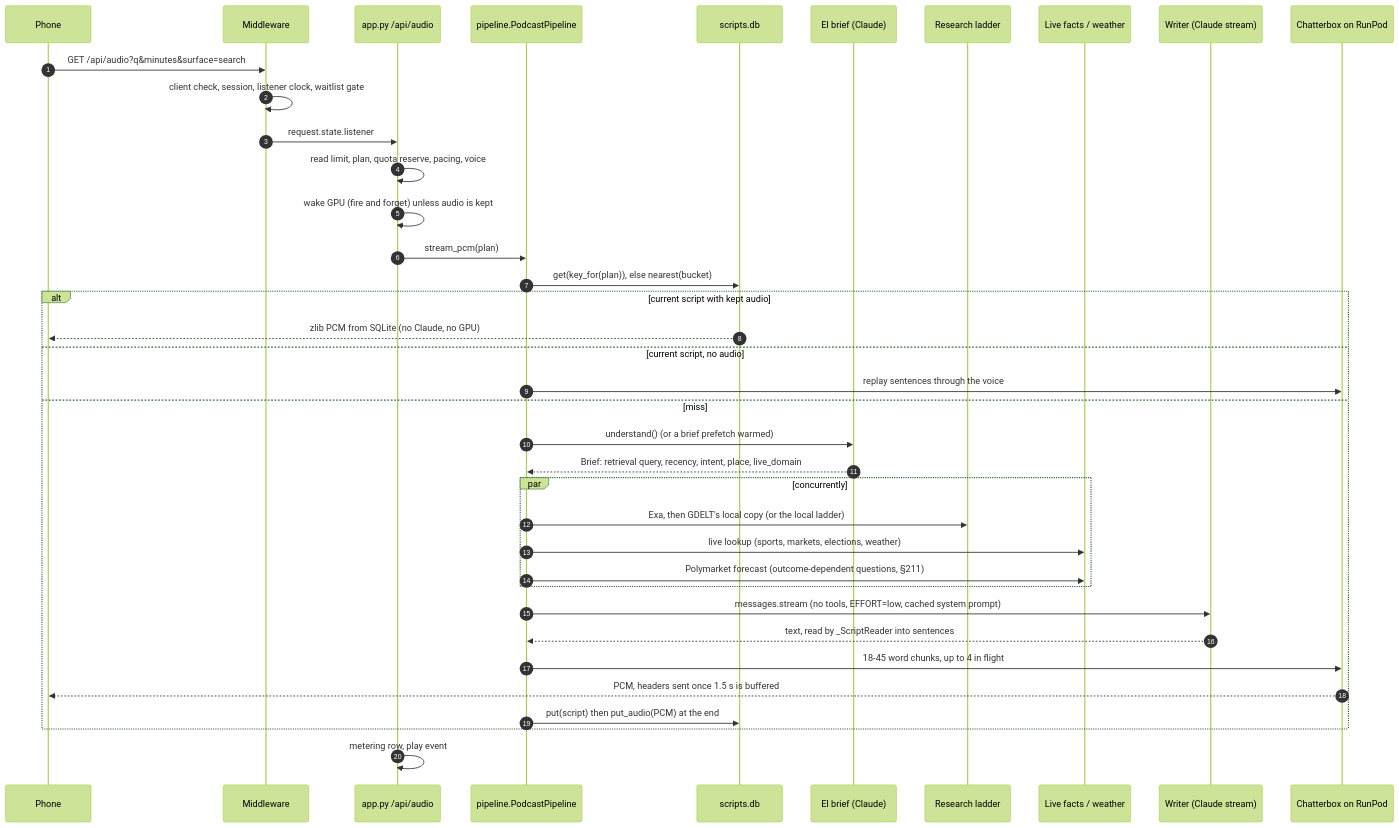
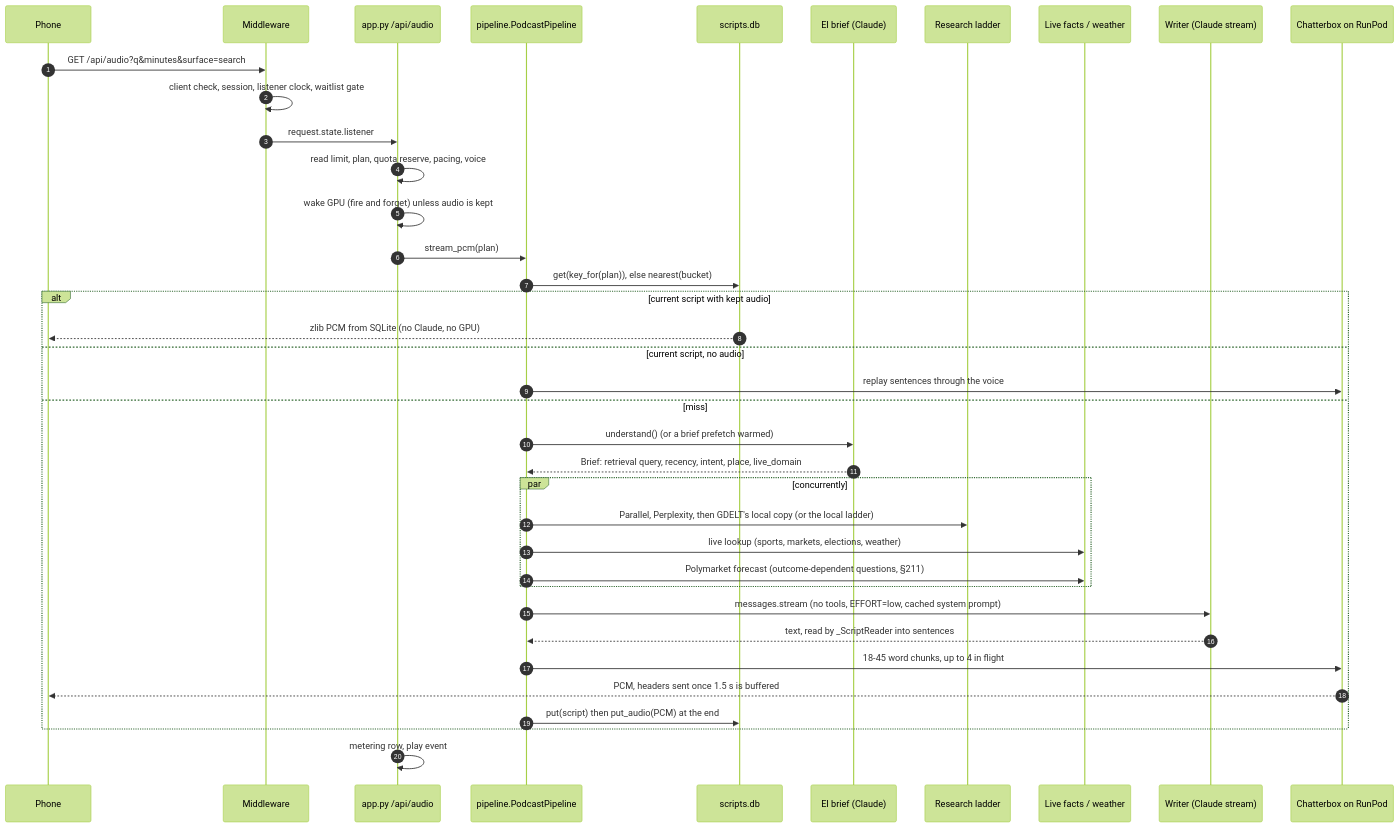
Before and after one commit to tjweingart-byte/FAM: the second of 5 diagrams in docs/BACKEND.md, drawn with Mermaid (forest theme). The commit also changed other lines of this file and 74 other files, not shown here.

First line of the commit message:
Delete Exa; the search is Parallel, then Perplexity, then GDELT (§270)

````diff
--- a/docs/BACKEND.md
+++ b/docs/BACKEND.md
@@ -133,40 +133,40 @@
 ```mermaid
 sequenceDiagram
   autonumber
   participant U as Phone
   participant M as Middleware
   participant A as app.py /api/audio
   participant P as pipeline.PodcastPipeline
   participant C as scripts.db
   participant E as EI brief (Claude)
   participant R as Research ladder
   participant L as Live facts / weather
   participant W as Writer (Claude stream)
   participant V as Chatterbox on RunPod
   U->>M: GET /api/audio?q&minutes&surface=search
   M->>M: client check, session, listener clock, waitlist gate
   M->>A: request.state.listener
   A->>A: read limit, plan, quota reserve, pacing, voice
   A->>A: wake GPU (fire and forget) unless audio is kept
   A->>P: stream_pcm(plan)
   P->>C: get(key_for(plan)), else nearest(bucket)
   alt current script with kept audio
     C-->>U: zlib PCM from SQLite (no Claude, no GPU)
   else current script, no audio
     P->>V: replay sentences through the voice
   else miss
     P->>E: understand() (or a brief prefetch warmed)
     E-->>P: Brief: retrieval query, recency, intent, place, live_domain
     par concurrently
-      P->>R: Exa, then GDELT's local copy (or the local ladder)
+      P->>R: Parallel, Perplexity, then GDELT's local copy (or the local ladder)
       P->>L: live lookup (sports, markets, elections, weather)
       P->>L: Polymarket forecast (outcome-dependent questions, §211)
     end
     P->>W: messages.stream (no tools, EFFORT=low, cached system prompt)
     W-->>P: text, read by _ScriptReader into sentences
     P->>V: 18-45 word chunks, up to 4 in flight
     V-->>U: PCM, headers sent once 1.5 s is buffered
     P->>C: put(script) then put_audio(PCM) at the end
   end
   A->>A: metering row, play event
 ```
````
